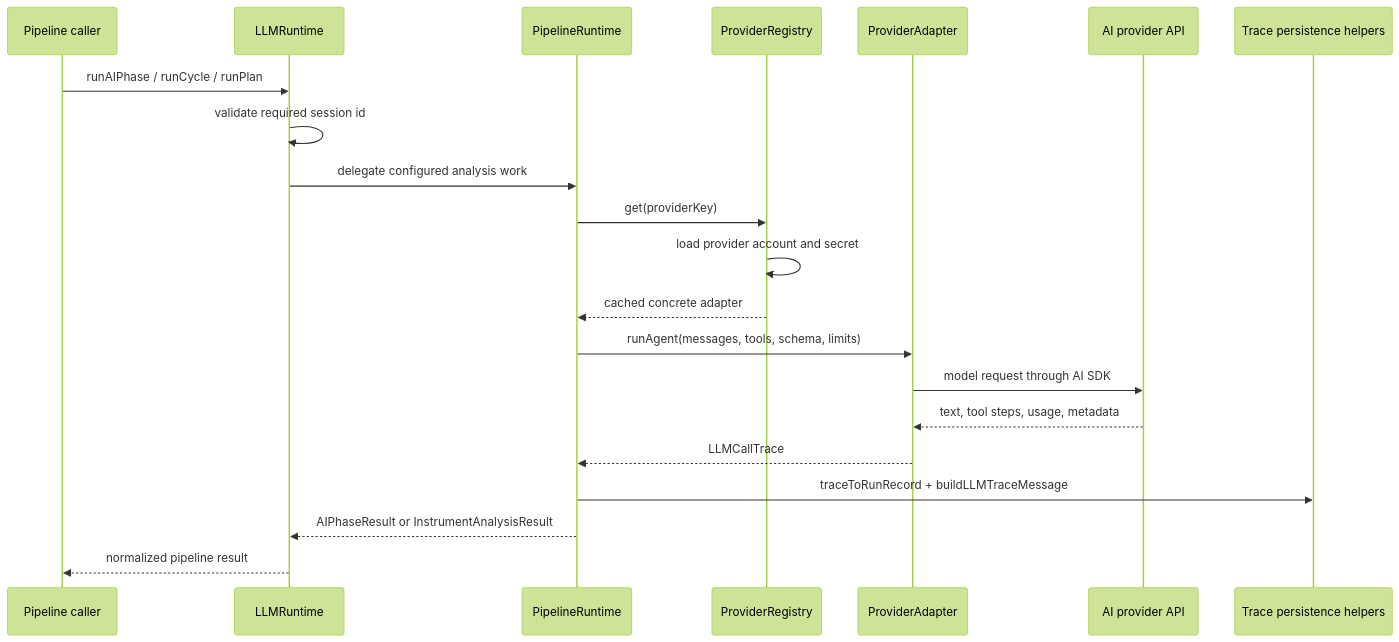
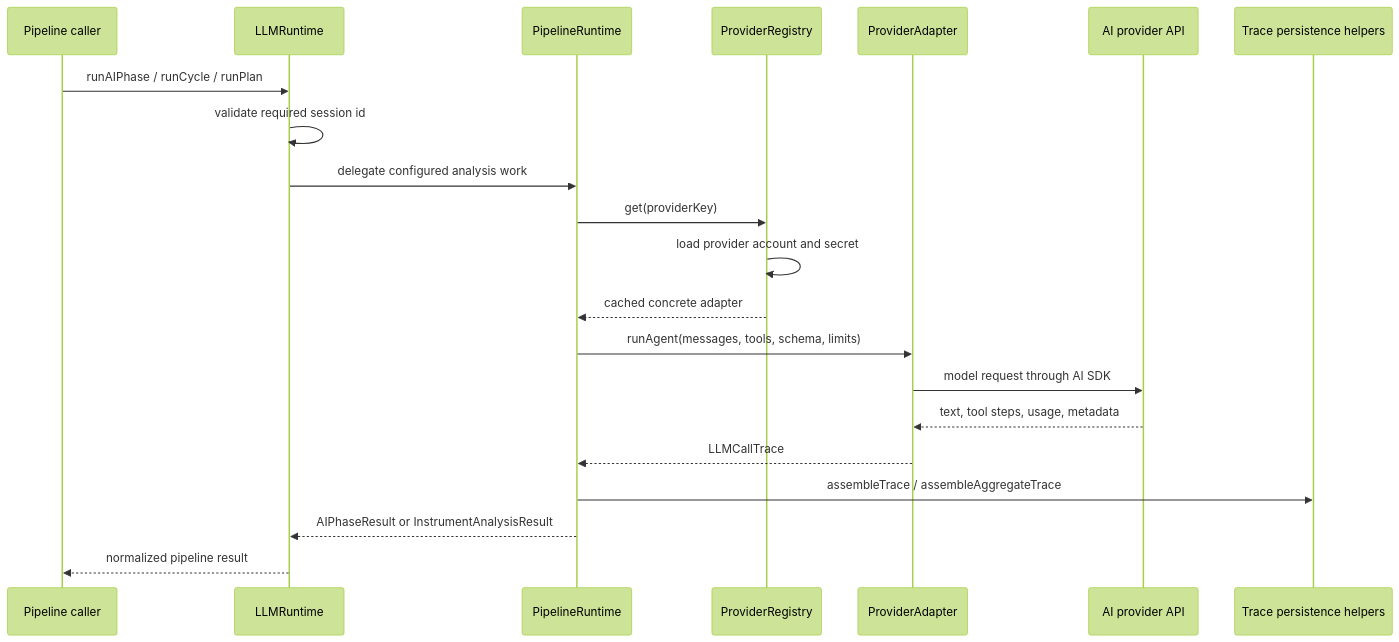
The diagram in electron/main/services/llm/README.md (KennethAtchon/Exva), drawn with Mermaid (forest theme) before and after one commit. The commit also changed other lines of this file and 29 other files, not shown here.

````diff
--- a/electron/main/services/llm/README.md
+++ b/electron/main/services/llm/README.md
@@ -20,24 +20,24 @@
 ```mermaid
 sequenceDiagram
     participant Caller as Pipeline caller
     participant Runtime as LLMRuntime
     participant Pipeline as PipelineRuntime
     participant Registry as ProviderRegistry
     participant Adapter as ProviderAdapter
     participant Provider as AI provider API
     participant Trace as Trace persistence helpers
 
     Caller->>Runtime: runAIPhase / runCycle / runPlan
     Runtime->>Runtime: validate required session id
     Runtime->>Pipeline: delegate configured analysis work
     Pipeline->>Registry: get(providerKey)
     Registry->>Registry: load provider account and secret
     Registry-->>Pipeline: cached concrete adapter
     Pipeline->>Adapter: runAgent(messages, tools, schema, limits)
     Adapter->>Provider: model request through AI SDK
     Provider-->>Adapter: text, tool steps, usage, metadata
     Adapter-->>Pipeline: LLMCallTrace
-    Pipeline->>Trace: traceToRunRecord + buildLLMTraceMessage
+    Pipeline->>Trace: assembleTrace / assembleAggregateTrace
     Pipeline-->>Runtime: AIPhaseResult or InstrumentAnalysisResult
     Runtime-->>Caller: normalized pipeline result
 ```
````
